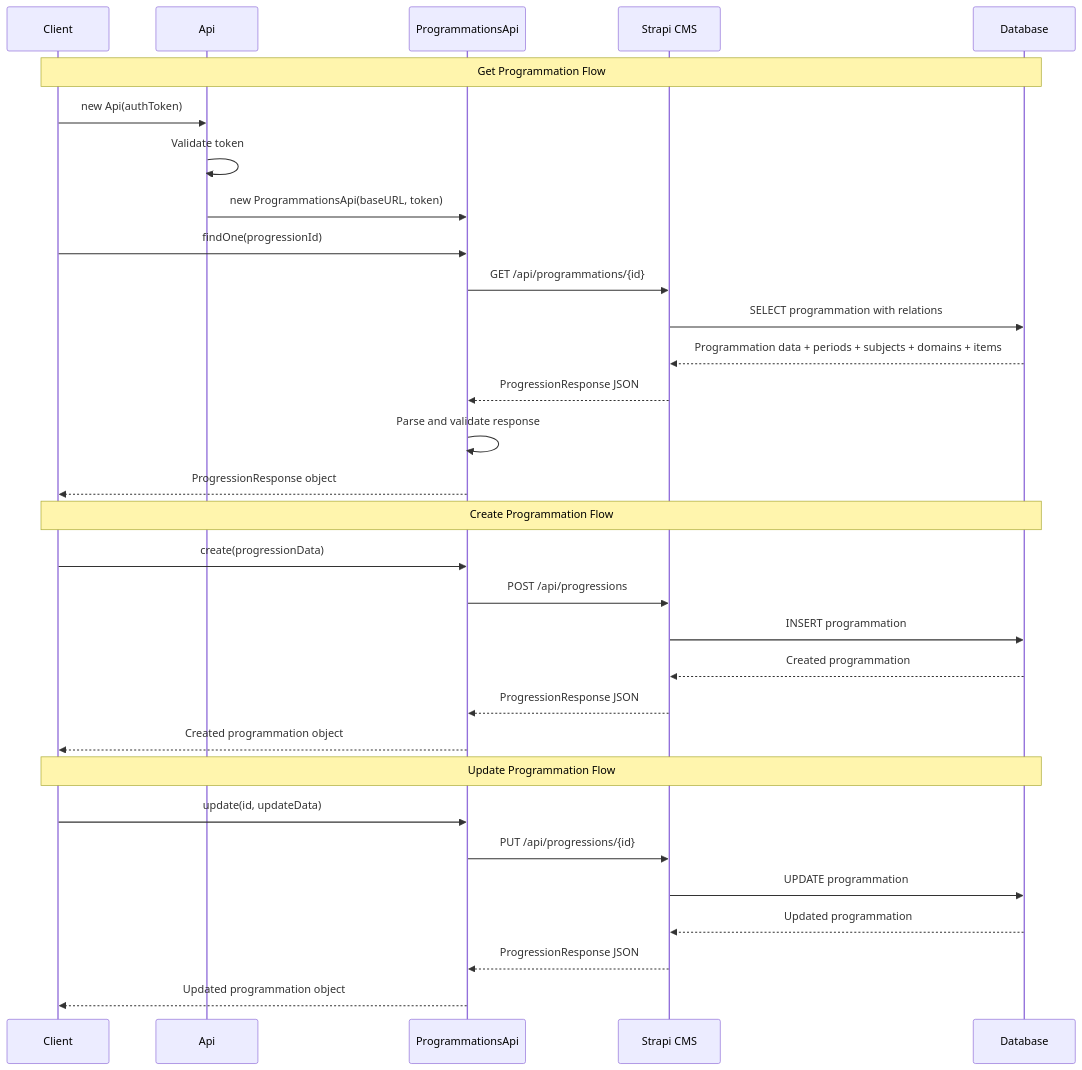
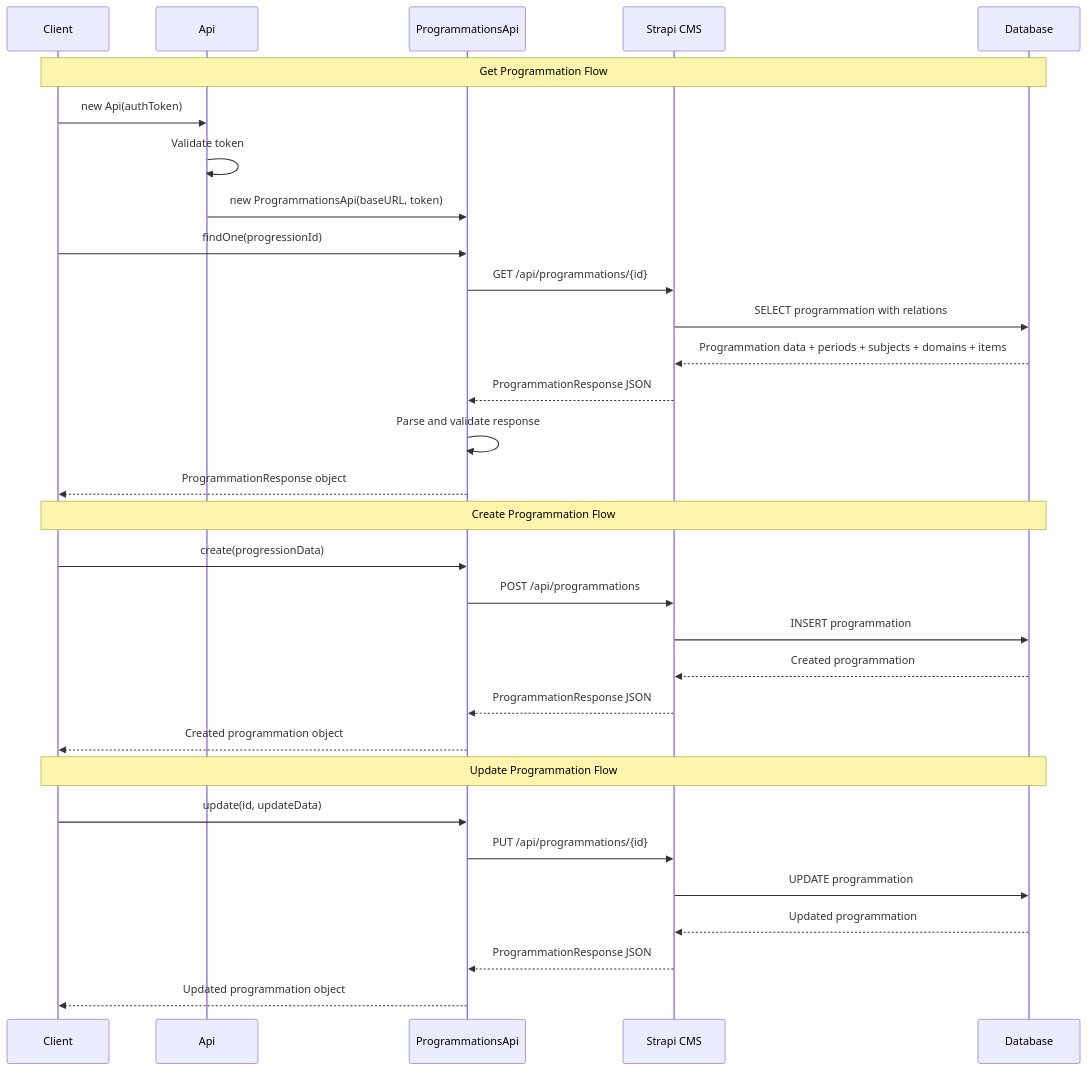
The third of 6 diagrams in specs/programmation/db-api-uml.md (ghermet/teetsh-progression), drawn with Mermaid before and after one commit. The commit also changed other lines of this file and 17 other files, not shown here.

Commit message:
refactor: rename progression with programmation

````diff
--- a/specs/programmation/db-api-uml.md
+++ b/specs/programmation/db-api-uml.md
@@ -195,40 +195,40 @@
 ```mermaid
 sequenceDiagram
     participant C as Client
     participant A as Api
     participant P as ProgrammationsApi
     participant S as Strapi CMS
     participant DB as Database
 
     Note over C,DB: Get Programmation Flow
 
     C->>A: new Api(authToken)
     A->>A: Validate token
     A->>P: new ProgrammationsApi(baseURL, token)
 
     C->>P: findOne(progressionId)
     P->>S: GET /api/programmations/{id}
     S->>DB: SELECT programmation with relations
     DB-->>S: Programmation data + periods + subjects + domains + items
-    S-->>P: ProgressionResponse JSON
+    S-->>P: ProgrammationResponse JSON
     P->>P: Parse and validate response
-    P-->>C: ProgressionResponse object
+    P-->>C: ProgrammationResponse object
 
     Note over C,DB: Create Programmation Flow
 
     C->>P: create(progressionData)
-    P->>S: POST /api/progressions
+    P->>S: POST /api/programmations
     S->>DB: INSERT programmation
     DB-->>S: Created programmation
-    S-->>P: ProgressionResponse JSON
+    S-->>P: ProgrammationResponse JSON
     P-->>C: Created programmation object
 
     Note over C,DB: Update Programmation Flow
 
     C->>P: update(id, updateData)
-    P->>S: PUT /api/progressions/{id}
+    P->>S: PUT /api/programmations/{id}
     S->>DB: UPDATE programmation
     DB-->>S: Updated programmation
-    S-->>P: ProgressionResponse JSON
+    S-->>P: ProgrammationResponse JSON
     P-->>C: Updated programmation object
 ```
````
